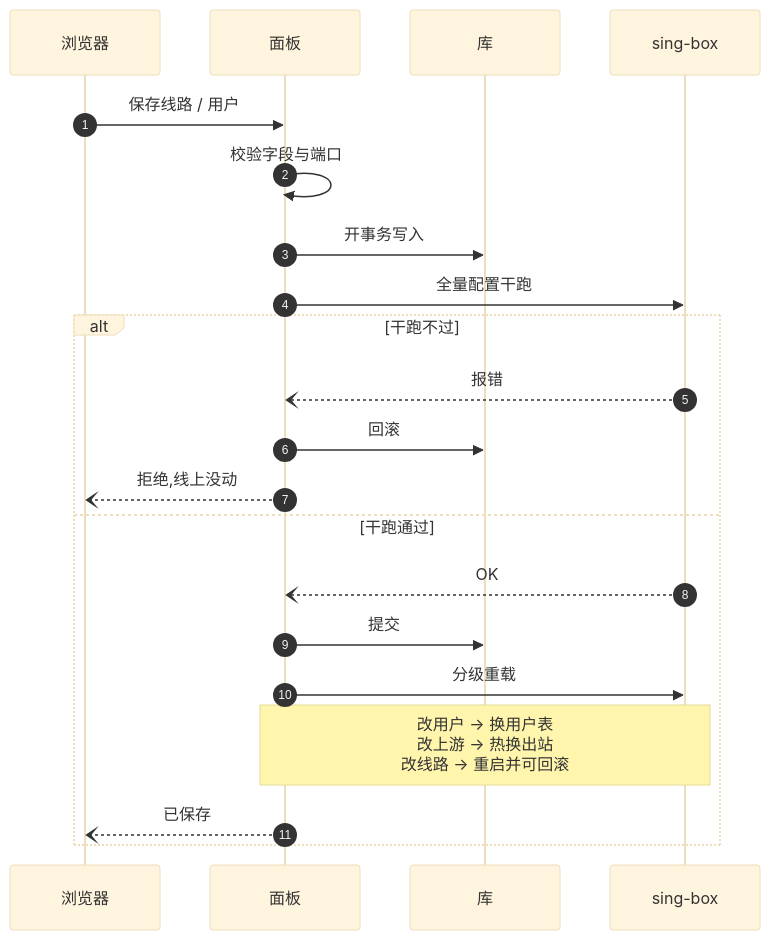
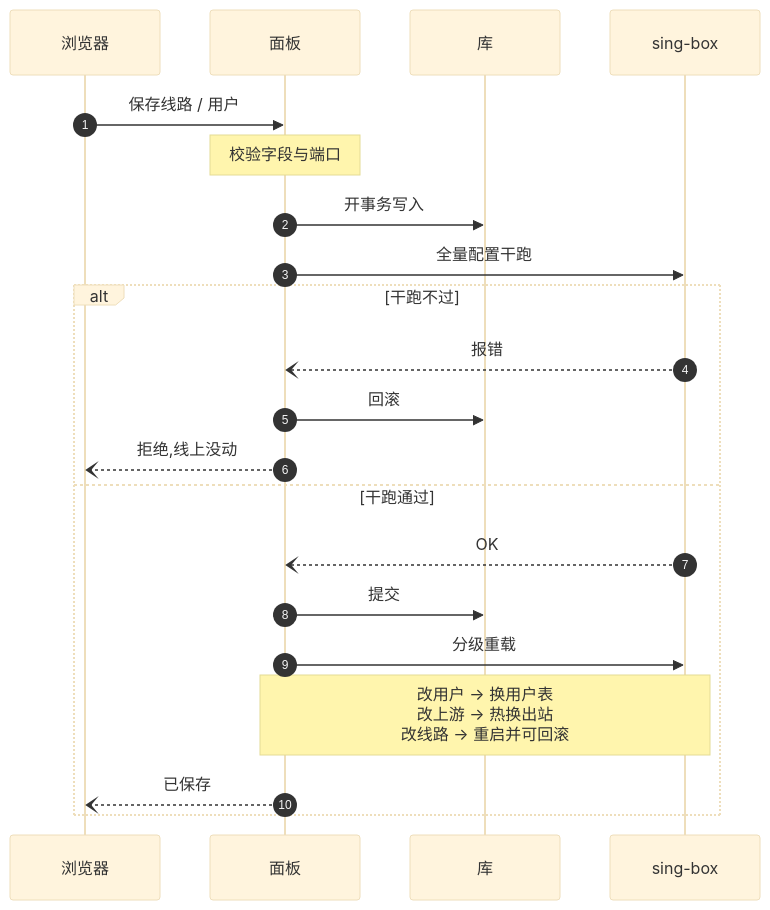
The second of 5 diagrams in data/readmes/Maoyangui__m-ui.md (zqf20096327/dbhub_collect), drawn with Mermaid (base theme) before and after one commit. The commit also changed other lines of this file and 364 other files, not shown here.

````diff
--- a/data/readmes/Maoyangui__m-ui.md
+++ b/data/readmes/Maoyangui__m-ui.md
@@ -124,24 +134,24 @@
 ```mermaid
 sequenceDiagram
   autonumber
   participant B as 浏览器
   participant W as 面板
   participant D as 库
   participant S as sing-box
 
   B->>W: 保存线路 / 用户
-  W->>W: 校验字段与端口
+  Note over W: 校验字段与端口
   W->>D: 开事务写入
   W->>S: 全量配置干跑
   alt 干跑不过
     S--)W: 报错
     W->>D: 回滚
     W--)B: 拒绝,线上没动
   else 干跑通过
     S--)W: OK
     W->>D: 提交
     W->>S: 分级重载
     Note over W,S: 改用户 → 换用户表<br/>改上游 → 热换出站<br/>改线路 → 重启并可回滚
     W--)B: 已保存
   end
 ```
````
